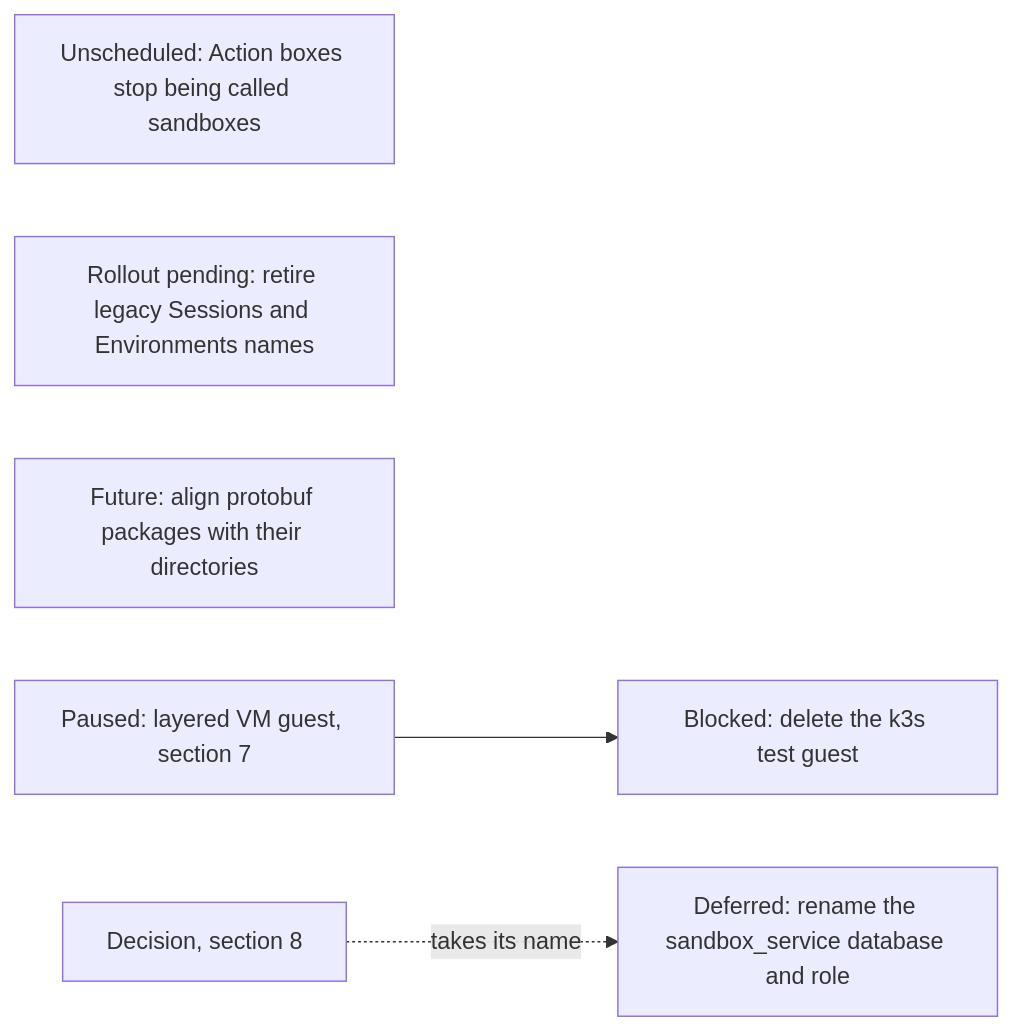
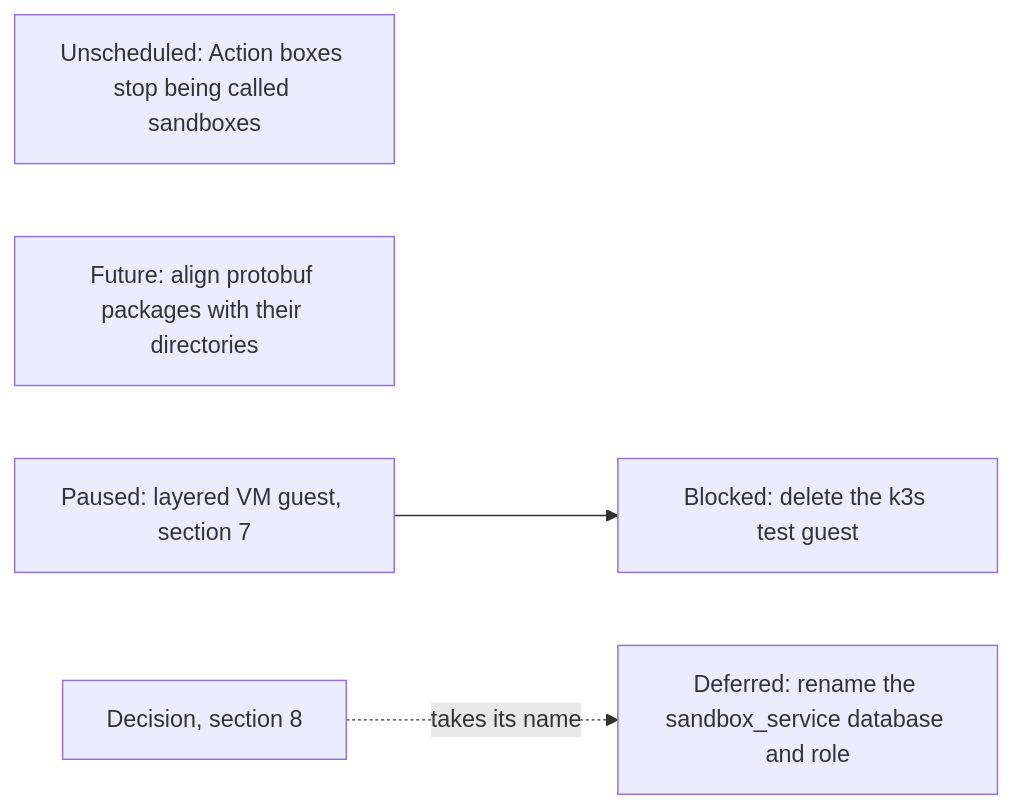
One commit to agentydragon/ducktape changed diagram 17 of 19 in agentplane/plans/task_dag.md. Above: the diagram before and after it, drawn with Mermaid. The commit also changed other lines of this file and 3 other files, not shown here.

````diff
--- a/agentplane/plans/task_dag.md
+++ b/agentplane/plans/task_dag.md
@@ -3646,8 +3646,7 @@
 ```mermaid
 flowchart LR
     ACTION_BOX_RENAME[Unscheduled: Action boxes stop being called sandboxes]
-    RUNNER_GATEWAY_RENAME[Rollout pending: retire legacy Sessions and Environments names]
     PROTO_PACKAGE_ALIGNMENT[Future: align protobuf packages with their directories]
     RUNNER_LAYERING_VM[Paused: layered VM guest, section 7] --> K3S_TEST_GUEST_RETIRE[Blocked: delete the k3s test guest]
     HISTORY_SERVICE_RENAME[Decision, section 8] -. takes its name .-> HISTORY_DATABASE_RENAME[Deferred: rename the sandbox_service database and role]
 ```
````
